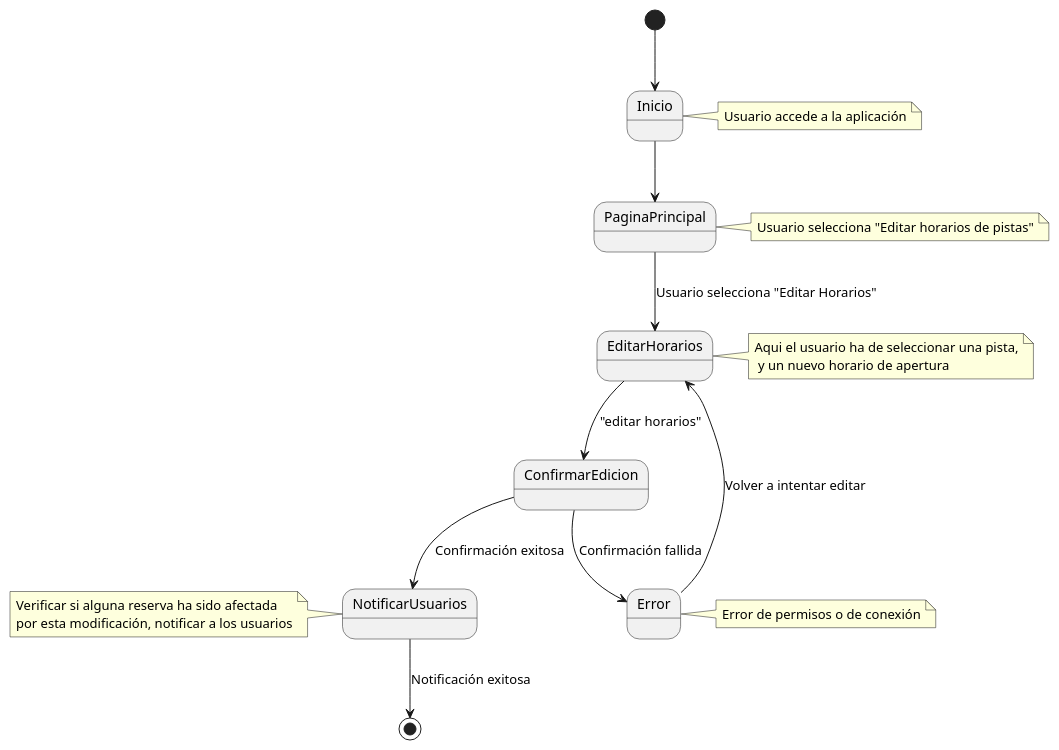
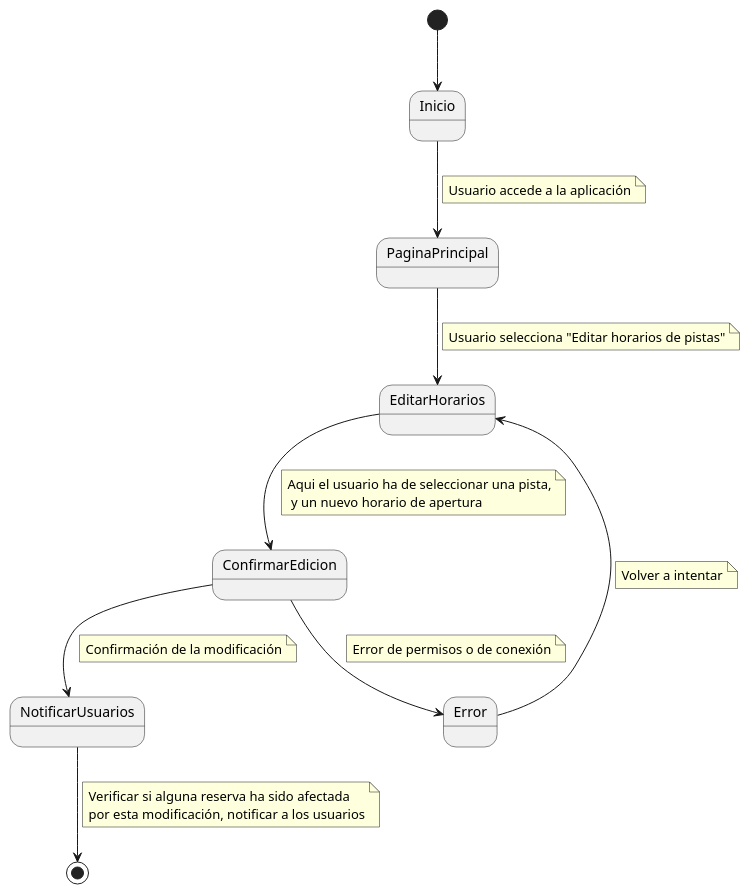
The diagram in CasosDeUso/CduDetallados/CduPistas/ActualizarHorariosPista.puml (pablarce/23-24-IdSw1-SDR), drawn with PlantUML before and after one commit. The commit also changed 11 other files, not shown here.

Commit message:
chore: Update use case diagrams for Pistas module

```diff
--- a/CasosDeUso/CduDetallados/CduPistas/ActualizarHorariosPista.puml
+++ b/CasosDeUso/CduDetallados/CduPistas/ActualizarHorariosPista.puml
@@ -1,29 +1,34 @@
 @startuml
 [*] --> Inicio
 Inicio --> PaginaPrincipal
-PaginaPrincipal --> EditarHorarios : Usuario selecciona "Editar Horarios"
-EditarHorarios --> ConfirmarEdicion : "editar horarios"
-ConfirmarEdicion --> Error : Confirmación fallida
-Error --> EditarHorarios : Volver a intentar editar
-ConfirmarEdicion --> NotificarUsuarios : Confirmación exitosa
-NotificarUsuarios --> [*] : Notificación exitosa
-
-
-note right of Inicio
+note on link
 Usuario accede a la aplicación
 end note
-note right of PaginaPrincipal
+PaginaPrincipal --> EditarHorarios
+note on link
 Usuario selecciona "Editar horarios de pistas"
 end note
-note right of EditarHorarios
+EditarHorarios --> ConfirmarEdicion
+note on link
 Aqui el usuario ha de seleccionar una pista,
  y un nuevo horario de apertura
 end note
-note right of Error
+ConfirmarEdicion --> Error
+note on link
 Error de permisos o de conexión
 end note
-note left of NotificarUsuarios
+Error --> EditarHorarios
+note on link
+Volver a intentar
+end note
+ConfirmarEdicion --> NotificarUsuarios
+note on link
+Confirmación de la modificación
+end note
+NotificarUsuarios --> [*] 
+note on link
 Verificar si alguna reserva ha sido afectada
 por esta modificación, notificar a los usuarios
 end note
+
 @enduml
```
